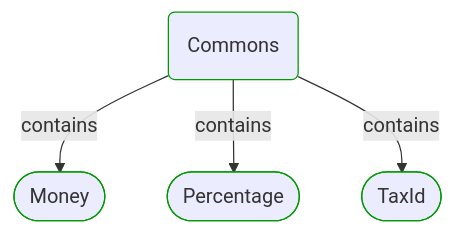
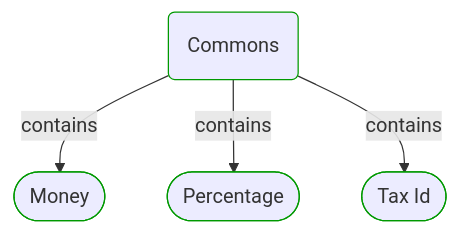
Before and after one commit to itlibrium/DDD-starter-dotnet: the third of 5 diagrams in Docs/P3/MermaidOutput/Modules/Sales/Commons/Commons.md, drawn with Mermaid. The commit also changed other lines of this file and 174 other files, not shown here.

````diff
--- a/Docs/P3/MermaidOutput/Modules/Sales/Commons/Commons.md
+++ b/Docs/P3/MermaidOutput/Modules/Sales/Commons/Commons.md
@@ -45,17 +48,17 @@
 ```mermaid
   flowchart TB
     0(Commons)
     class 0 DomainPerspective
     1([Money])
     class 1 DomainPerspective
     0-->|contains|1
     2([Percentage])
     class 2 DomainPerspective
     0-->|contains|2
-    3([TaxId])
+    3([Tax Id])
     class 3 DomainPerspective
     0-->|contains|3
     classDef DomainPerspective stroke:#009900
     classDef TechnologyPerspective stroke:#1F41EB
     classDef PeoplePerspective stroke:#FFF014
 ```
````
